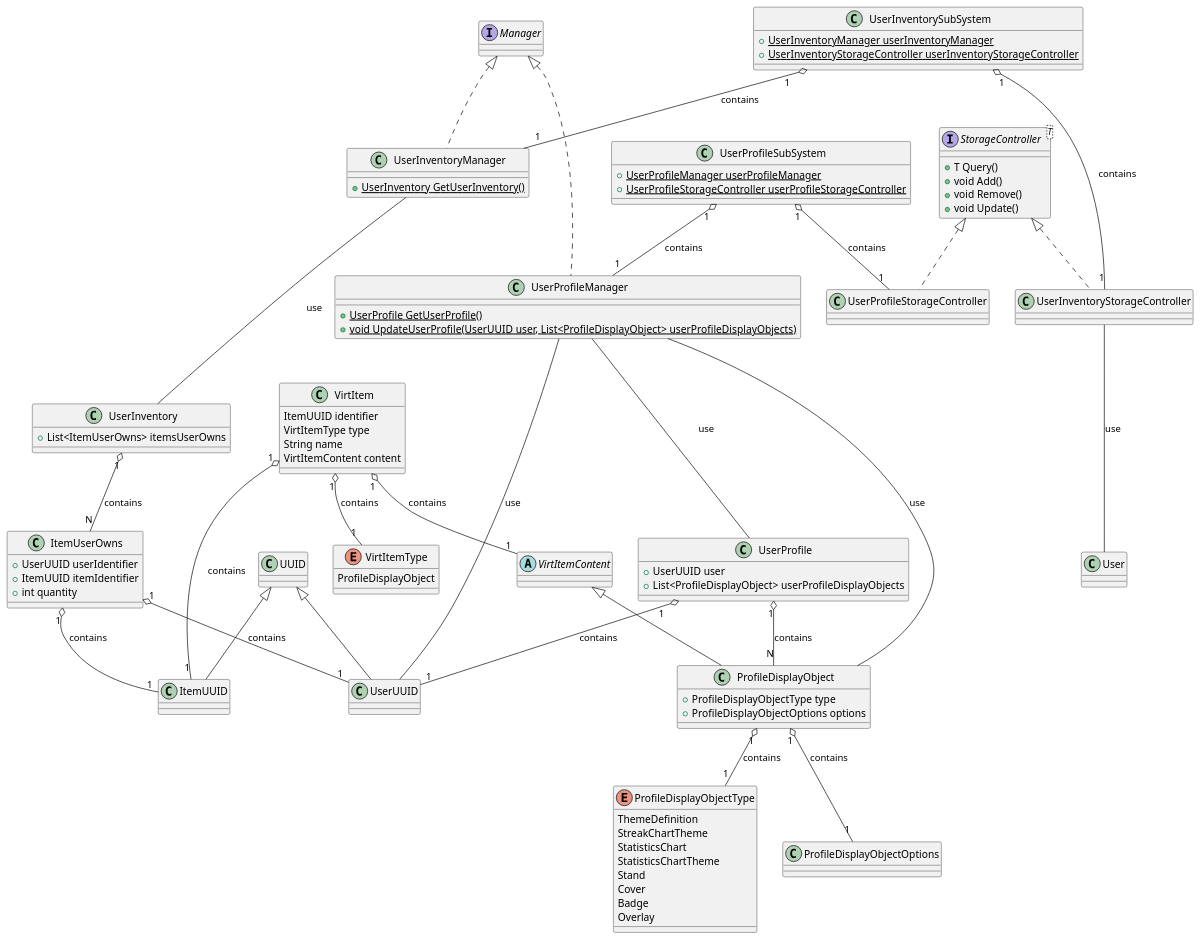
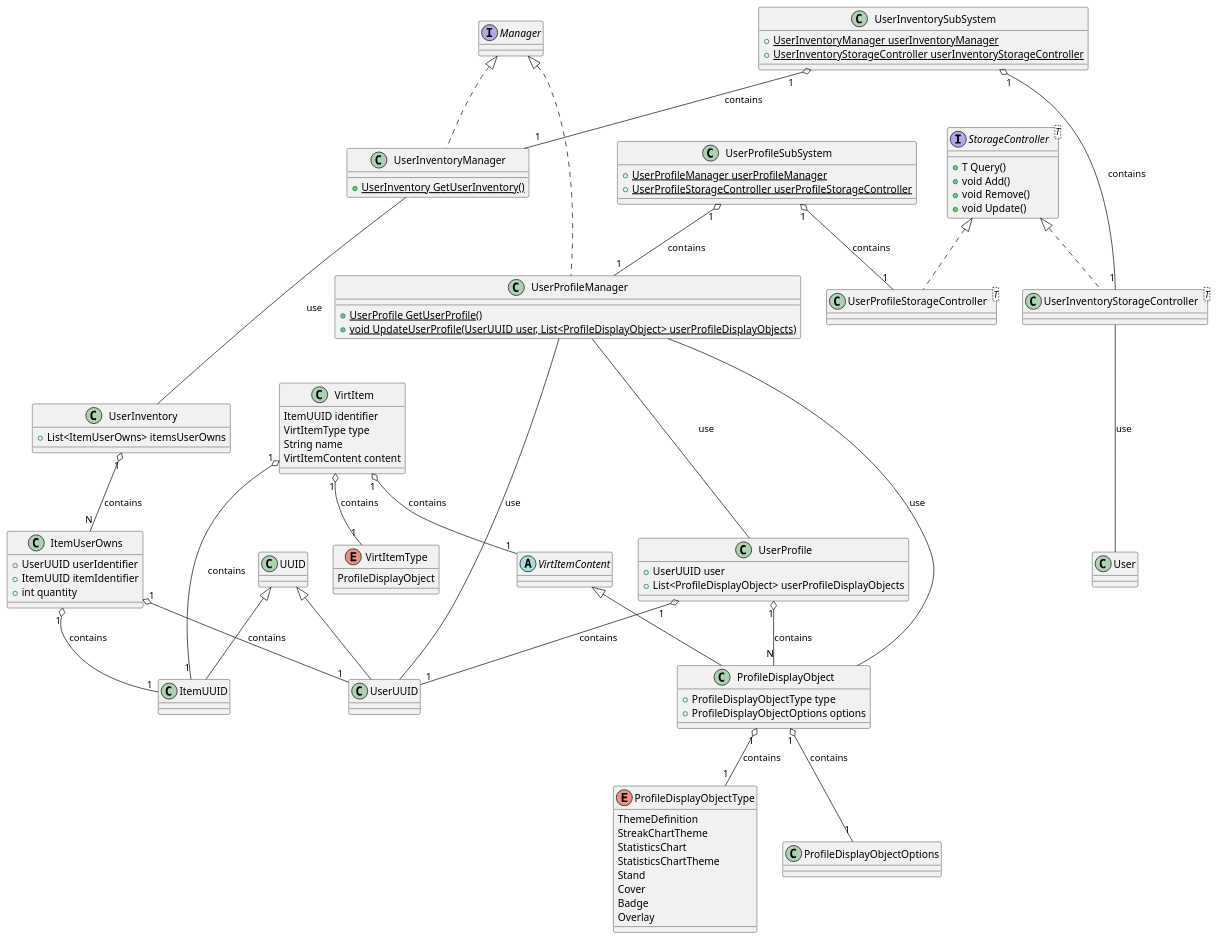
One commit to ShapeLayer/se-lecture-task__project-structure-definitions changed the diagram in src/UserProfileInventory.puml. Above: the diagram before and after it, drawn with PlantUML. The commit also changed 15 other files, not shown here.

```diff
--- a/src/UserProfileInventory.puml
+++ b/src/UserProfileInventory.puml
@@ -1,111 +1,111 @@
 @startuml
 Interface Manager
 Interface StorageController<T> {
     + T Query()
     + void Add()
     + void Remove()
     + void Update()
 }
 class UUID {}
 class UserUUID extends UUID {}
 class ItemUUID extends UUID {}
 
 enum VirtItemType {
     ProfileDisplayObject
 }
 
 class VirtItem {
     ItemUUID identifier
     VirtItemType type
     String name
     VirtItemContent content
 }
 
 VirtItem "1" o-- "1" ItemUUID : contains
 VirtItem "1" o-- "1" VirtItemType : contains
 VirtItem "1" o-- "1" VirtItemContent : contains
 
 abstract class VirtItemContent {}
 
 ' UserInventory
 class ItemUserOwns {
     + UserUUID userIdentifier
     + ItemUUID itemIdentifier
     + int quantity
 }
 
 ItemUserOwns "1" o-- "1" UserUUID : contains
 ItemUserOwns "1" o-- "1" ItemUUID : contains
 
 class UserInventory {
     + List<ItemUserOwns> itemsUserOwns
 }
 
 UserInventory "1" o-- "N" ItemUserOwns : contains
 
 class UserInventoryManager implements Manager {
     + {static} UserInventory GetUserInventory()
 }
 
 UserInventoryManager --- UserInventory : use
 
-class UserInventoryStorageController implements StorageController {}
+class UserInventoryStorageController<T> implements StorageController {}
 UserInventoryStorageController --- User : use
 
 class UserInventorySubSystem {
     + {static} UserInventoryManager userInventoryManager
     + {static} UserInventoryStorageController userInventoryStorageController
 }
 
 UserInventorySubSystem "1" o-- "1" UserInventoryManager : contains
 UserInventorySubSystem "1" o-- "1" UserInventoryStorageController : contains
 
 ' UserProfile
 enum ProfileDisplayObjectType {
     ThemeDefinition
     StreakChartTheme
     StatisticsChart
     StatisticsChartTheme
     Stand
     Cover
     Badge
     Overlay
 }
 
 class ProfileDisplayObjectOptions {}
 
 class ProfileDisplayObject extends VirtItemContent {
     + ProfileDisplayObjectType type
     + ProfileDisplayObjectOptions options
 }
 
 ProfileDisplayObject "1" o-- "1" ProfileDisplayObjectType : contains
 ProfileDisplayObject "1" o-- "1" ProfileDisplayObjectOptions : contains
 
 class UserProfile {
     + UserUUID user
     + List<ProfileDisplayObject> userProfileDisplayObjects
 }
 
 UserProfile "1" o-- "1" UserUUID : contains
 UserProfile "1" o-- "N" ProfileDisplayObject : contains
 
 class UserProfileManager implements Manager {
     + {static} UserProfile GetUserProfile()
     + {static} void UpdateUserProfile(UserUUID user, List<ProfileDisplayObject> userProfileDisplayObjects)
 }
 UserProfileManager --- UserUUID : use
 UserProfileManager --- UserProfile : use
 UserProfileManager --- ProfileDisplayObject : use
 
-class UserProfileStorageController implements StorageController {}
+class UserProfileStorageController<T> implements StorageController {}
 
 class UserProfileSubSystem {
     + {static} UserProfileManager userProfileManager
     + {static} UserProfileStorageController userProfileStorageController
 }
 
 UserProfileSubSystem "1" o-- "1" UserProfileManager : contains
 UserProfileSubSystem "1" o-- "1" UserProfileStorageController : contains
 
 @enduml
```
